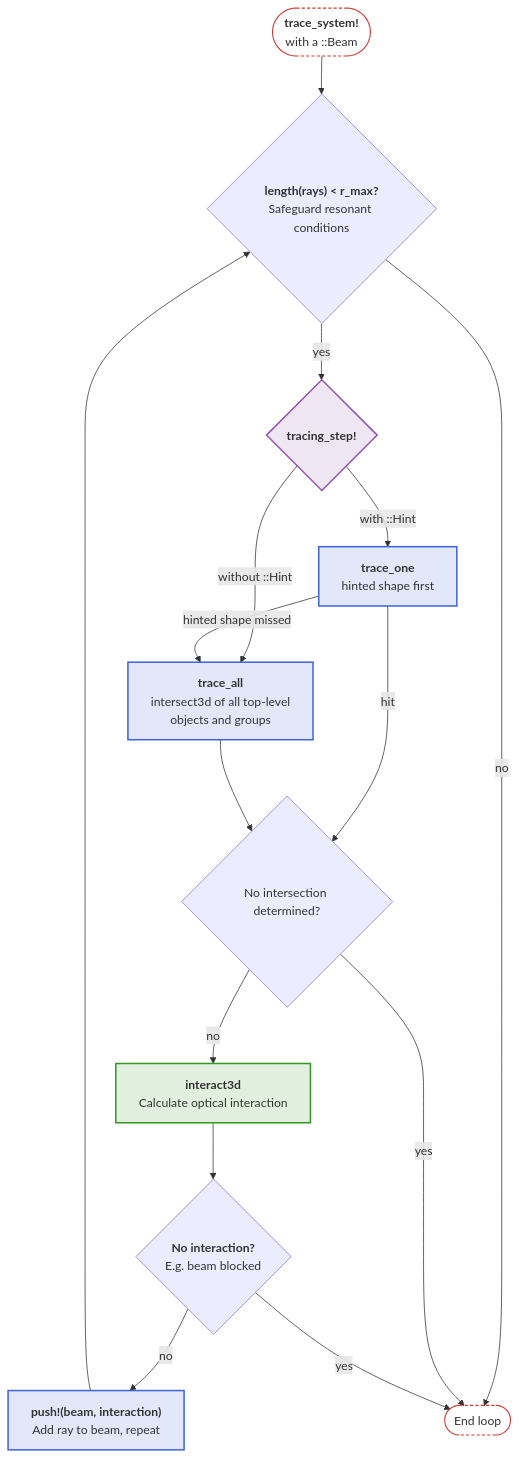
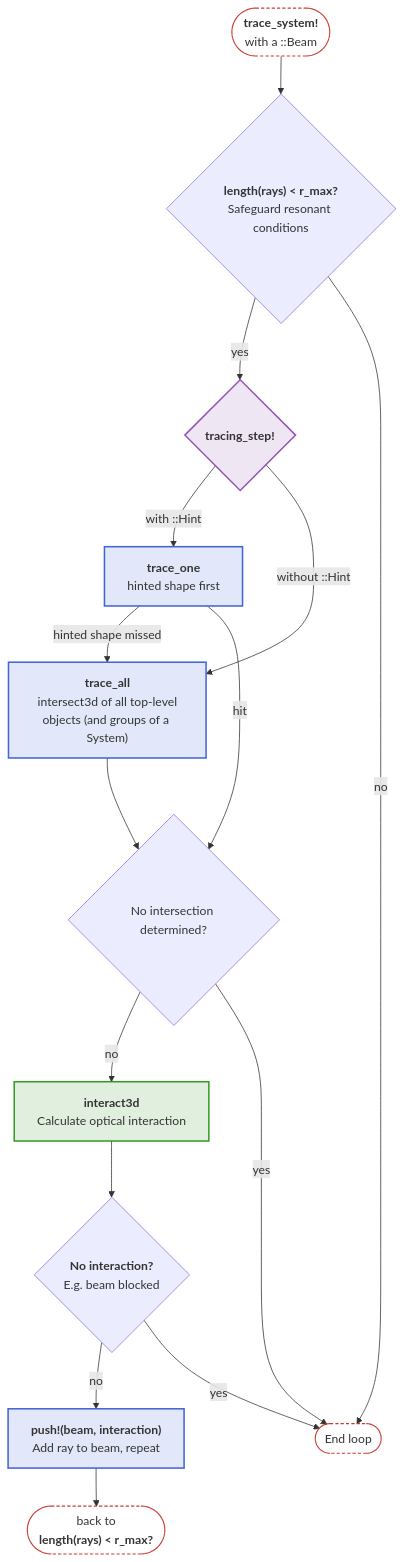
One commit to JuliaPhysics/BeamletOptics.jl changed the sixth of 6 diagrams in docs/src/api/core.md. Above: the diagram before and after it, drawn with Mermaid. The commit also changed other lines of this file and 63 other files, not shown here.

First line of the commit message:
Docs: align docs and docstrings with the code, drop color legends of the diagrams

````diff
--- a/docs/src/api/core.md
+++ b/docs/src/api/core.md
@@ -285,35 +289,36 @@
 ```mermaid
 flowchart TB
     S(["<b>trace_system!</b><br/>with a ::Beam"])
     RM{"<b>length(rays) #lt; r_max?</b><br>Safeguard resonant conditions"}
     TST{"<b>tracing_step!</b>"}
     TO["<b>trace_one</b><br/>hinted shape first"]
-    TA["<b>trace_all</b><br/>intersect3d of all top-level<br/>objects and groups"]
+    TA["<b>trace_all</b><br/>intersect3d of all top-level<br/>objects (and groups of a System)"]
     HIT{"No intersection determined?"}
     IA["<b>interact3d</b><br/>Calculate optical interaction"]
     NI{"<b>No interaction?</b><br/>E.g. beam blocked"}
     P["<b>push!(beam, interaction)</b><br/>Add ray to beam, repeat"]
     E([End loop])
+    BR(["back to<br/><b>length(rays) #lt; r_max?</b>"])
 
     S --> RM
     RM -- yes --> TST
     TST -- " with ::Hint" --> TO
     TST -- "without ::Hint" --> TA
     TO -- "hinted shape missed" --> TA
     TO -- hit --> HIT
     TA --> HIT
     HIT -- no --> IA --> NI
-    NI -- no --> P --> RM
+    NI -- no --> P --> BR
     RM -- no --> E
     HIT -- yes --> E
     NI -- yes --> E
 
     classDef blue fill:#4063D826,stroke:#4063D8,stroke-width:2px
     classDef green fill:#38982626,stroke:#389826,stroke-width:2px
     classDef purple fill:#9558B226,stroke:#9558B2,stroke-width:2px
     classDef terminal fill:transparent,stroke:#CB3C33,stroke-width:1.5px,stroke-dasharray:4 3
     class TO,TA,P blue
     class IA green
     class TST purple
-    class S,E terminal
+    class S,E,BR terminal
 ```
````
